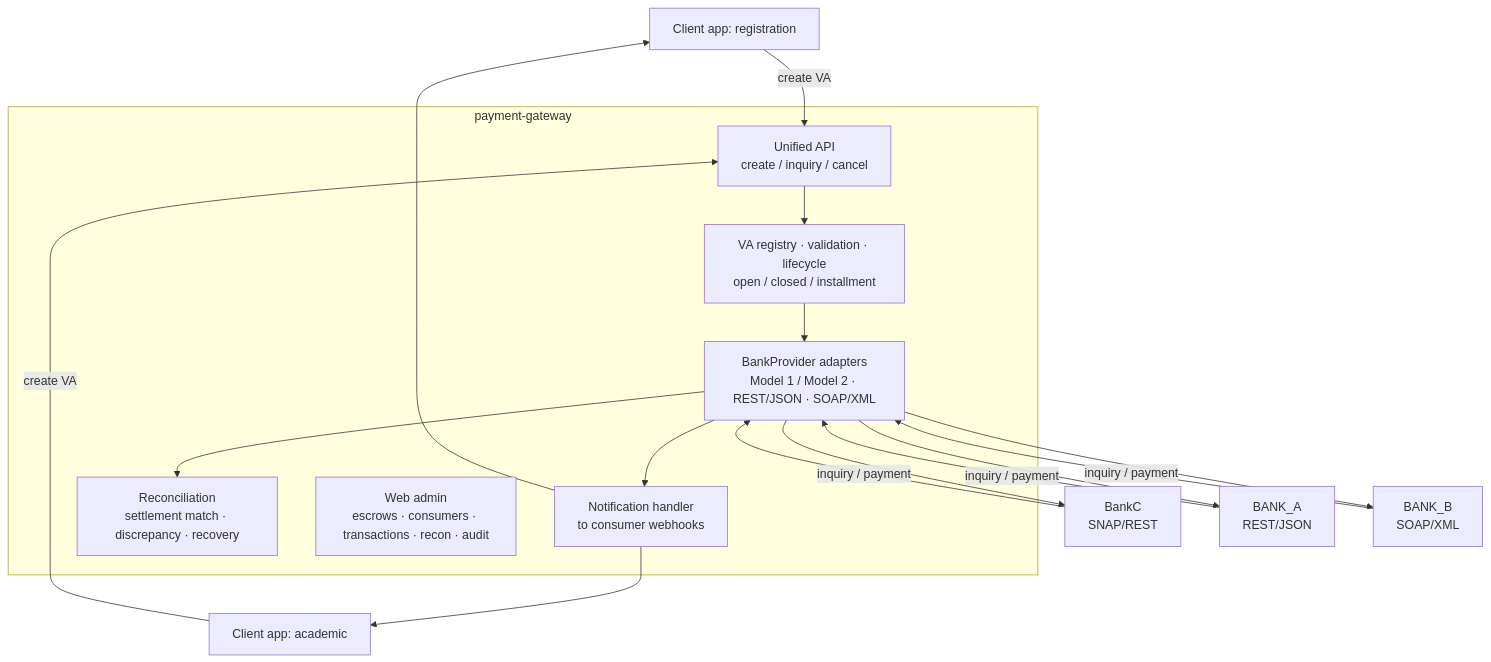
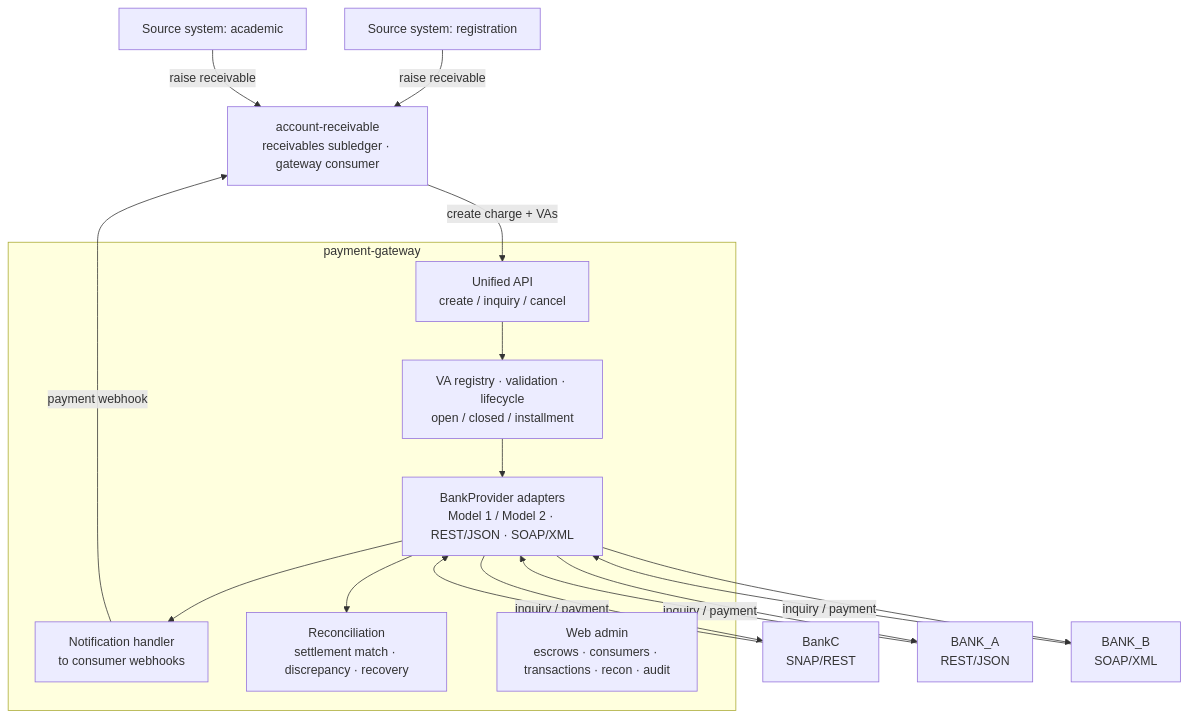
One commit to artivisi/payment-gateway changed the diagram in README.md. Above: the diagram before and after it, drawn with Mermaid. The commit also changed other lines of this file, not shown here.

Commit message:
docs: show account-receivable as the gateway consumer in architecture diagram
Source systems raise receivables in the AR subledger, which opens
charges and receives payment webhooks; they do not call the gateway
directly.

Claude-Session: https://claude.ai/code/session_01Uftt6Lk4Yf6gH2HCa24bxG

````diff
--- a/README.md
+++ b/README.md
@@ -90,29 +92,30 @@
 ```mermaid
 flowchart TD
-  C1[Client app: registration]
-  C2[Client app: academic]
+  S1[Source system: registration]
+  S2[Source system: academic]
+  AR[account-receivable<br/>receivables subledger · gateway consumer]
   subgraph GW[payment-gateway]
     API[Unified API<br/>create / inquiry / cancel]
     CORE[VA registry · validation · lifecycle<br/>open / closed / installment]
     NOTIF[Notification handler<br/>to consumer webhooks]
     RECON[Reconciliation<br/>settlement match · discrepancy · recovery]
     ADMIN[Web admin<br/>escrows · consumers · transactions · recon · audit]
     ADP[BankProvider adapters<br/>Model 1 / Model 2 · REST/JSON · SOAP/XML]
   end
   B1[BankC<br/>SNAP/REST]
   B2[BANK_A<br/>REST/JSON]
   B3[BANK_B<br/>SOAP/XML]
-  C1 -->|create VA| API
-  C2 -->|create VA| API
+  S1 -->|raise receivable| AR
+  S2 -->|raise receivable| AR
+  AR -->|create charge + VAs| API
   API --> CORE --> ADP
   ADP --> B1
   ADP --> B2
   ADP --> B3
   B1 -->|inquiry / payment| ADP
   B2 -->|inquiry / payment| ADP
   B3 -->|inquiry / payment| ADP
   ADP --> NOTIF
-  NOTIF --> C1
-  NOTIF --> C2
+  NOTIF -->|payment webhook| AR
   ADP --> RECON
 ```
````
